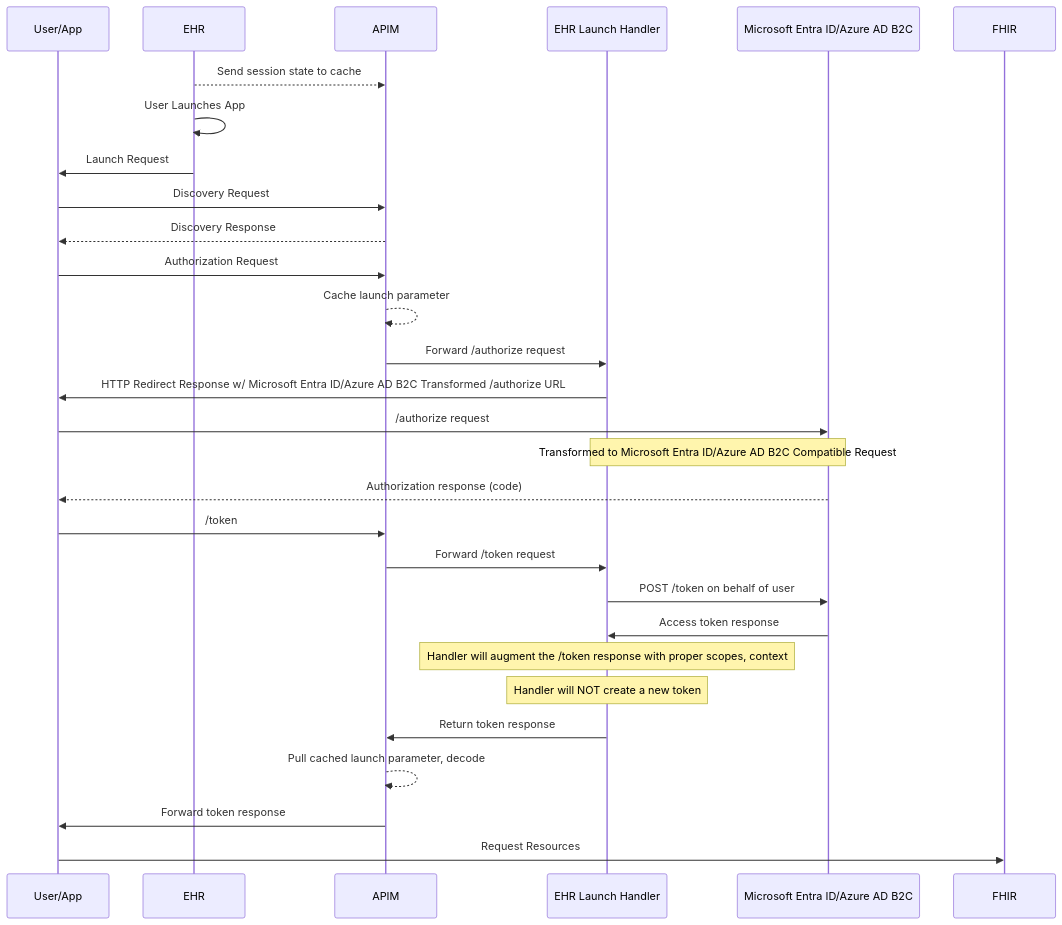
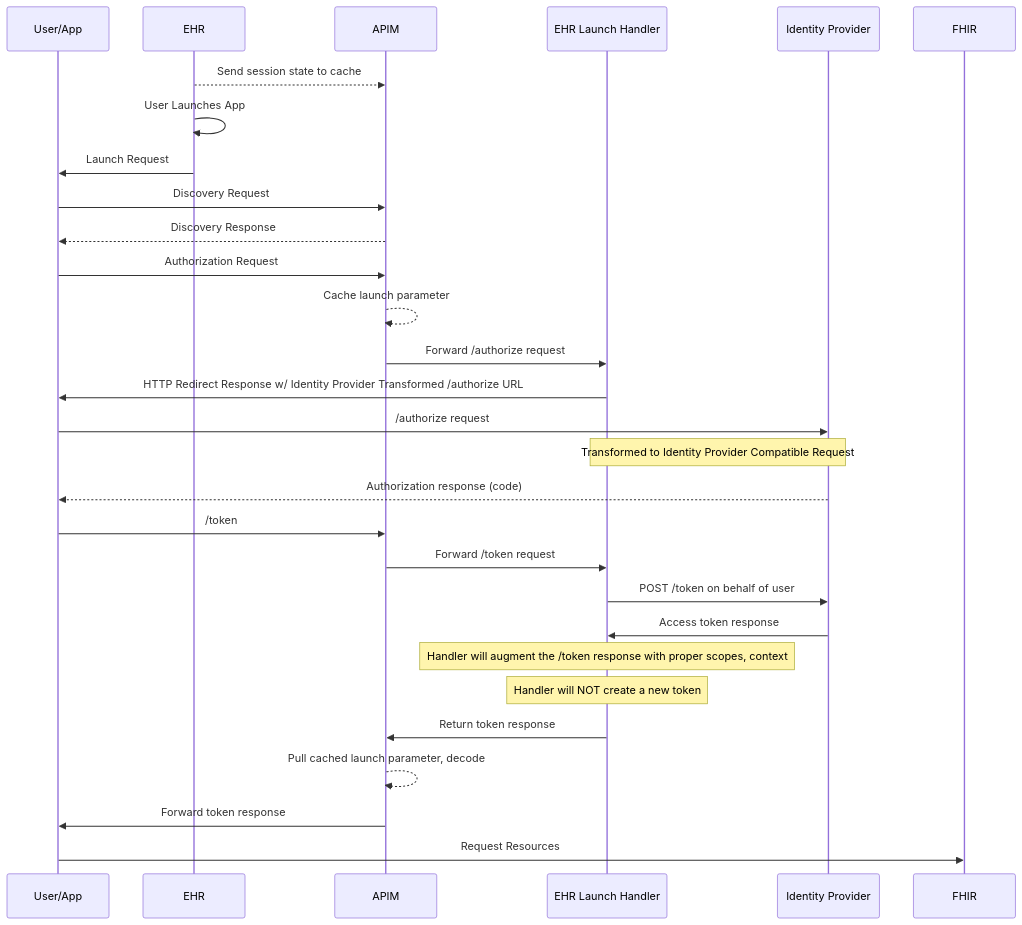
The second of 3 diagrams in samples/smartonfhir/docs/technical-guide.md (Azure-Samples/azure-health-data-and-ai-samples), drawn with Mermaid before and after one commit. The commit also changed other lines of this file and 41 other files, not shown here.

````diff
--- a/samples/smartonfhir/docs/technical-guide.md
+++ b/samples/smartonfhir/docs/technical-guide.md
@@ -60,32 +60,32 @@
 ```mermaid
   sequenceDiagram
     participant User/App
     participant EHR
     participant APIM
     participant EHR Launch Handler
-    participant Microsoft Entra ID/Azure AD B2C
+    participant Identity Provider
 
     EHR -->> APIM: Send session state to cache
     EHR ->> EHR: User Launches App
     EHR ->> User/App: Launch Request
 
     User/App ->> APIM: Discovery Request
     APIM -->> User/App: Discovery Response
     User/App ->> APIM:  Authorization Request
     APIM -->> APIM: Cache launch parameter
     APIM ->> EHR Launch Handler: Forward /authorize request    
-    EHR Launch Handler ->> User/App: HTTP Redirect Response w/ Microsoft Entra ID/Azure AD B2C Transformed /authorize URL
-    User/App ->> Microsoft Entra ID/Azure AD B2C: /authorize request
-    note over EHR Launch Handler, Microsoft Entra ID/Azure AD B2C: Transformed to Microsoft Entra ID/Azure AD B2C Compatible Request
-    Microsoft Entra ID/Azure AD B2C -->> User/App: Authorization response (code)
+    EHR Launch Handler ->> User/App: HTTP Redirect Response w/ Identity Provider Transformed /authorize URL
+    User/App ->> Identity Provider: /authorize request
+    note over EHR Launch Handler, Identity Provider: Transformed to Identity Provider Compatible Request
+    Identity Provider -->> User/App: Authorization response (code)
     User/App ->> APIM: /token
     APIM ->> EHR Launch Handler: Forward /token request
-    EHR Launch Handler ->> Microsoft Entra ID/Azure AD B2C: POST /token on behalf of user
-    Microsoft Entra ID/Azure AD B2C ->> EHR Launch Handler: Access token response
+    EHR Launch Handler ->> Identity Provider: POST /token on behalf of user
+    Identity Provider ->> EHR Launch Handler: Access token response
     note over EHR Launch Handler: Handler will augment the /token response with proper scopes, context
     note over EHR Launch Handler: Handler will NOT create a new token
     EHR Launch Handler ->> APIM: Return token response
     APIM -->> APIM: Pull cached launch parameter, decode
     APIM ->> User/App: Forward token response
     User/App ->> FHIR: Request Resources
 ```
````
